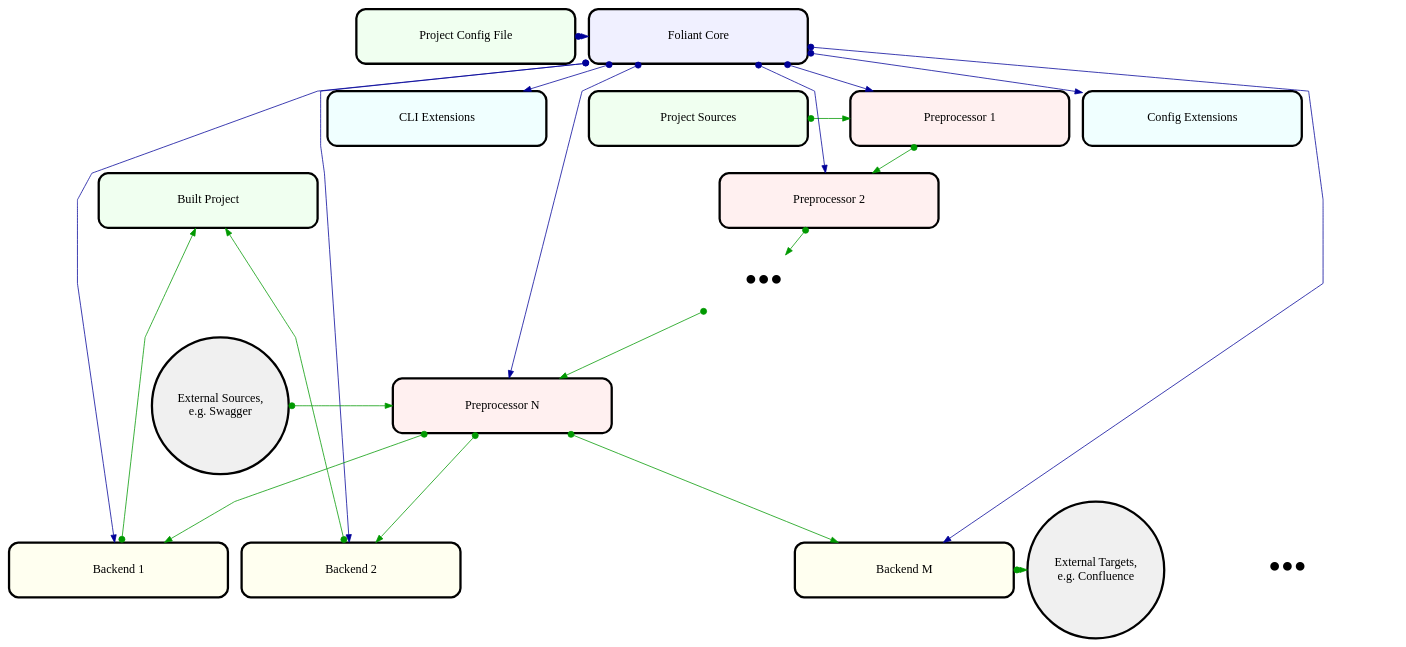
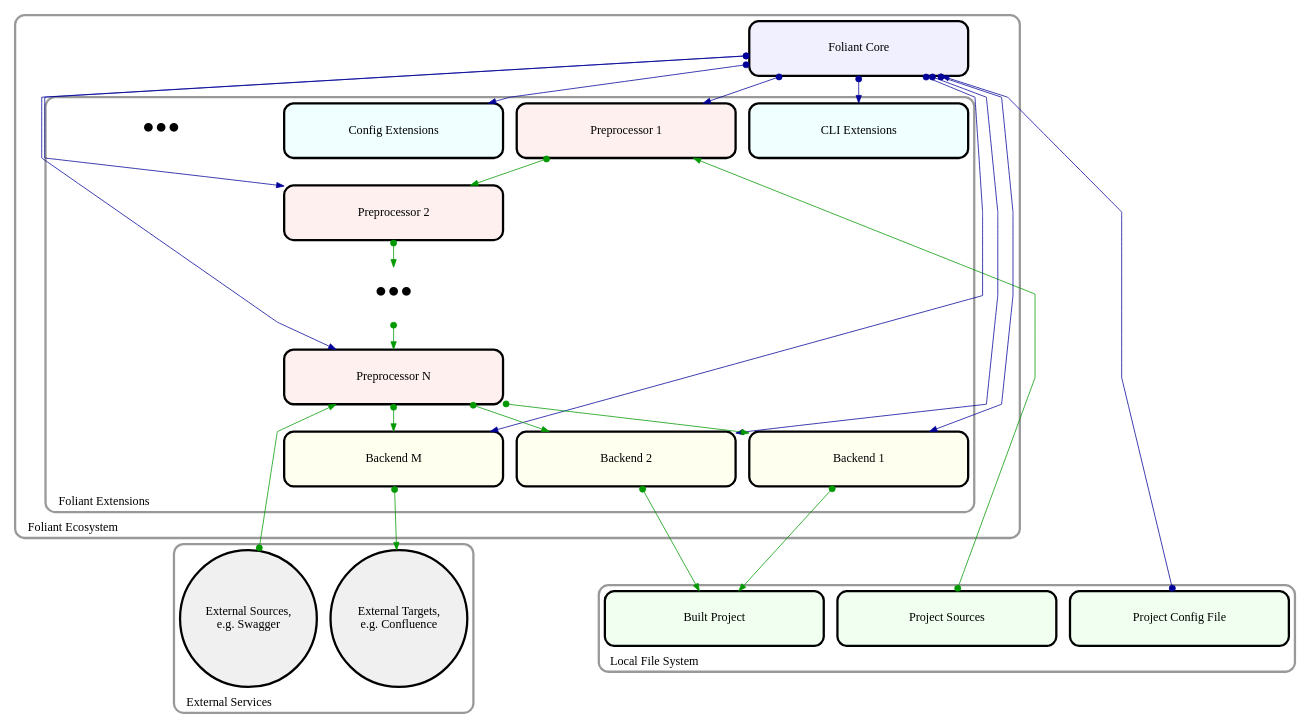
One commit to foliant-docs/archeme changed the diagram in examples/04_foliant_architecture_more_clusters/target/architecture.gv. Above: the diagram before and after it, drawn with Graphviz. The commit also changed 11 other files, not shown here.

```diff
--- a/examples/04_foliant_architecture_more_clusters/target/architecture.gv
+++ b/examples/04_foliant_architecture_more_clusters/target/architecture.gv
@@ -1,127 +1,93 @@
 digraph {
 graph [splines = "compound", fontname = "PT Sans Caption", fontsize = "16"];
 node [shape = "box", fixedsize = "true", width = "4", height = "1", penwidth = "3", fontname = "PT Sans Caption", fontsize = "16"];
 edge [dir = "both", arrowtail = "dot", arrowhead = "normal"];
 "config" [style = "filled, rounded", fillcolor = "#f0fff0", label = "Project Config File", pos = "0, 0.0!"];
 "src" [style = "filled, rounded", fillcolor = "#f0fff0", label = "Project Sources", pos = "0, -2.78!"];
 "artifacts" [style = "filled, rounded", fillcolor = "#f0fff0", label = "Built Project", pos = "0, -5.56!"];
 "core" [style = "filled, rounded", fillcolor = "#f0f0ff", label = "Foliant Core", pos = "11.12, 0.0!"];
 "config_extensions" [style = "filled, rounded", fillcolor = "#f0ffff", label = "Config Extensions", pos = "22.24, -2.78!"];
 "cli_extensions" [style = "filled, rounded", fillcolor = "#f0ffff", label = "CLI Extensions", pos = "16.68, -2.78!"];
 "preprocessor_1" [style = "filled, rounded", fillcolor = "#fff0f0", label = "Preprocessor 1", pos = "5.56, -2.78!"];
 "preprocessor_2" [style = "filled, rounded", fillcolor = "#fff0f0", label = "Preprocessor 2", pos = "5.56, -5.56!"];
 "more_preprocessors" [penwidth = "0", fontsize = "48", label = "•••", pos = "5.56, -8.33!"];
 "preprocessor_n" [style = "filled, rounded", fillcolor = "#fff0f0", label = "Preprocessor N", pos = "5.56, -11.11!"];
 "backend_1" [style = "filled, rounded", fillcolor = "#fffff0", label = "Backend 1", pos = "5.56, -13.89!"];
 "backend_2" [style = "filled, rounded", fillcolor = "#fffff0", label = "Backend 2", pos = "11.12, -13.89!"];
 "more_backends" [penwidth = "0", fontsize = "48", label = "•••", pos = "16.68, -13.89!"];
 "backend_m" [style = "filled, rounded", fillcolor = "#fffff0", label = "Backend M", pos = "22.24, -13.89!"];
 "external_sources" [shape = "circle", width = "2.5", height = "2.5", style = "filled", fillcolor = "#f0f0f0", label = "External Sources,\ne.g. Swagger", pos = "27.8, -11.11!"];
 "external_targets" [shape = "circle", width = "2.5", height = "2.5", style = "filled", fillcolor = "#f0f0f0", label = "External Targets,\ne.g. Confluence", pos = "27.8, -13.89!"];
 subgraph cluster_1 {
 labelloc = "b";
 labeljust = "l";
 shape = "box";
-style = "rounded";
 penwidth = "3";
 color = "#999999";
+style = "rounded";
 label = "Local File System";
 "config";
 "src";
 "artifacts";
 }
 subgraph cluster_2 {
 labelloc = "b";
 labeljust = "l";
 shape = "box";
-style = "rounded";
 penwidth = "3";
 color = "#999999";
+style = "rounded";
 label = "Foliant Ecosystem";
 "core";
 subgraph cluster_2_1 {
 labelloc = "b";
 labeljust = "l";
 shape = "box";
-style = "rounded";
 penwidth = "3";
 color = "#999999";
+style = "rounded";
 label = "Foliant Extensions";
 "config_extensions";
 "cli_extensions";
 "preprocessor_1";
 "preprocessor_2";
 "more_preprocessors";
 "preprocessor_n";
 "backend_1";
 "backend_2";
 "more_backends";
 "backend_m";
 }
 }
 subgraph cluster_3 {
 labelloc = "b";
 labeljust = "l";
 shape = "box";
-style = "rounded";
 penwidth = "3";
 color = "#999999";
+style = "rounded";
 label = "External Services";
 "external_sources";
 "external_targets";
 }
 "config" -> "core" [color = "#000099"];
 "core" -> "config_extensions" [color = "#000099"];
 "core" -> "cli_extensions" [color = "#000099"];
 "core" -> "preprocessor_1" [color = "#000099"];
 "core" -> "preprocessor_2" [color = "#000099"];
 "core" -> "preprocessor_n" [color = "#000099"];
 "core" -> "backend_1" [color = "#000099"];
 "core" -> "backend_2" [color = "#000099"];
 "core" -> "backend_m" [color = "#000099"];
 "src" -> "preprocessor_1" [color = "#009900"];
 "preprocessor_1" -> "preprocessor_2" [color = "#009900"];
 "preprocessor_2" -> "more_preprocessors" [color = "#009900"];
 "more_preprocessors" -> "preprocessor_n" [color = "#009900"];
 "external_sources" -> "preprocessor_n" [color = "#009900"];
 "preprocessor_n" -> "backend_1" [color = "#009900"];
 "preprocessor_n" -> "backend_2" [color = "#009900"];
 "preprocessor_n" -> "backend_m" [color = "#009900"];
 "backend_1" -> "artifacts" [color = "#009900"];
 "backend_2" -> "artifacts" [color = "#009900"];
 "backend_m" -> "external_targets" [color = "#009900"];
-subgraph {
-rank = "same";
-"config";
-"core";
 }
-subgraph {
-rank = "same";
-"src";
-"preprocessor_1";
-"cli_extensions";
-"config_extensions";
-}
-subgraph {
-rank = "same";
-"artifacts";
-"preprocessor_2";
-}
-subgraph {
-rank = "same";
-"more_preprocessors";
-}
-subgraph {
-rank = "same";
-"preprocessor_n";
-"external_sources";
-}
-subgraph {
-rank = "same";
-"backend_1";
-"backend_2";
-"more_backends";
-"backend_m";
-"external_targets";
-}
-}
```
